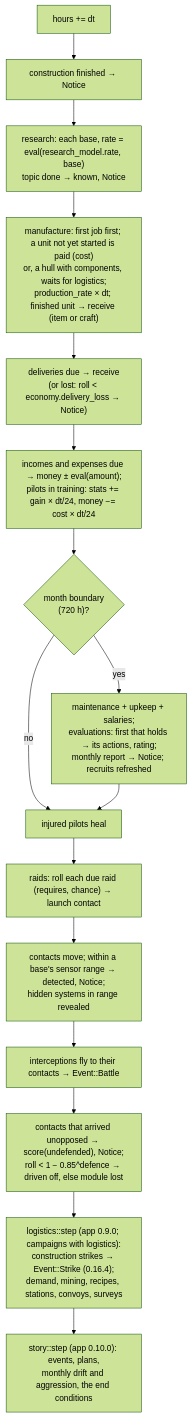
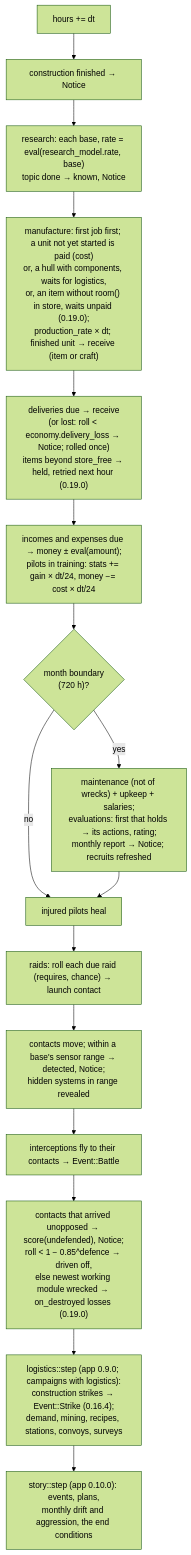
One commit to bbogovich/OpenInterceptor changed the third of 11 diagrams in docs/implementation/architecture/campaign.md. Above: the diagram before and after it, drawn with Mermaid (forest theme). The commit also changed other lines of this file and 21 other files, not shown here.

````diff
--- a/docs/implementation/architecture/campaign.md
+++ b/docs/implementation/architecture/campaign.md
@@ -114,18 +114,18 @@
 ```mermaid
 flowchart TD
     A["hours += dt"] --> B["construction finished → Notice"]
     B --> C["research: each base, rate = eval(research_model.rate, base)<br/>topic done → known, Notice"]
-    C --> D["manufacture: first job first; a unit not yet started is paid (cost)<br/>or, a hull with components, waits for logistics;<br/>production_rate × dt; finished unit → receive (item or craft)"]
-    D --> E["deliveries due → receive<br/>(or lost: roll < economy.delivery_loss → Notice)"]
+    C --> D["manufacture: first job first; a unit not yet started is paid (cost)<br/>or, a hull with components, waits for logistics,<br/>or, an item without room() in store, waits unpaid (0.19.0);<br/>production_rate × dt; finished unit → receive (item or craft)"]
+    D --> E["deliveries due → receive<br/>(or lost: roll < economy.delivery_loss → Notice; rolled once)<br/>items beyond store_free → held, retried next hour (0.19.0)"]
     E --> F["incomes and expenses due → money ± eval(amount);<br/>pilots in training: stats += gain × dt/24, money −= cost × dt/24"]
     F --> G{"month boundary<br/>(720 h)?"}
-    G -->|yes| H["maintenance + upkeep + salaries;<br/>evaluations: first that holds → its actions, rating;<br/>monthly report → Notice; recruits refreshed"]
+    G -->|yes| H["maintenance (not of wrecks) + upkeep + salaries;<br/>evaluations: first that holds → its actions, rating;<br/>monthly report → Notice; recruits refreshed"]
     G -->|no| I
     H --> I["injured pilots heal"]
     I --> J["raids: roll each due raid (requires, chance) → launch contact"]
     J --> K["contacts move; within a base's sensor range → detected, Notice;<br/>hidden systems in range revealed"]
     K --> L["interceptions fly to their contacts → Event::Battle"]
-    L --> M["contacts that arrived unopposed → score(undefended), Notice;<br/>roll < 1 − 0.85^defence → driven off, else module lost"]
+    L --> M["contacts that arrived unopposed → score(undefended), Notice;<br/>roll < 1 − 0.85^defence → driven off,<br/>else newest working module wrecked → on_destroyed losses (0.19.0)"]
     M --> N["logistics::step (app 0.9.0; campaigns with logistics):<br/>construction strikes → Event::Strike (0.16.4);<br/>demand, mining, recipes, stations, convoys, surveys"]
     N --> O["story::step (app 0.10.0): events, plans,<br/>monthly drift and aggression, the end conditions"]
 ```
````
